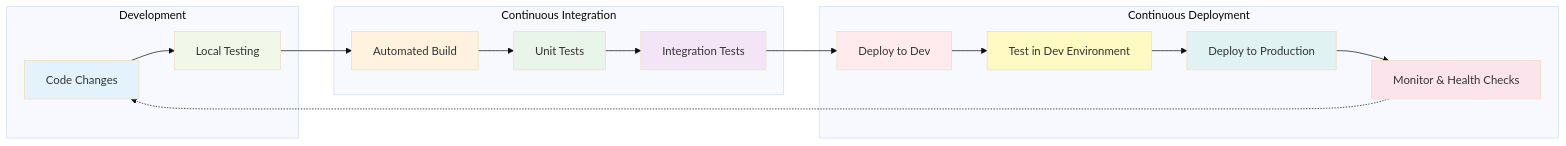
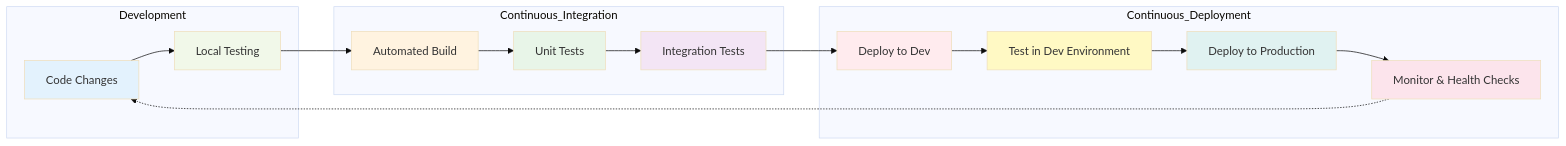
One commit to tanm-sys/build changed the third of 3 diagrams in decentralized-ai-simulation/docs/README.md. Above: the diagram before and after it, drawn with Mermaid (base theme). The commit also changed other lines of this file and 5 other files, not shown here.

Commit message:
Fix Mermaid diagram parse errors in Markdown files (resolve LINK token issues on line 29 and others)

````diff
--- a/decentralized-ai-simulation/docs/README.md
+++ b/decentralized-ai-simulation/docs/README.md
@@ -313,40 +313,40 @@
 ```mermaid
 flowchart LR
     subgraph "Development"
         CODE[Code Changes]
         TEST_LOCAL[Local Testing]
     end
     
-    subgraph "Continuous Integration"
+    subgraph "Continuous_Integration"
         BUILD[Automated Build]
         UNIT[Unit Tests]
         INTEGRATION[Integration Tests]
     end
     
-    subgraph "Continuous Deployment"
+    subgraph "Continuous_Deployment"
         DEPLOY_DEV[Deploy to Dev]
         TEST_DEV[Test in Dev Environment]
         DEPLOY_PROD[Deploy to Production]
         MONITOR[Monitor & Health Checks]
     end
     
     CODE --> TEST_LOCAL
     TEST_LOCAL --> BUILD
     BUILD --> UNIT
     UNIT --> INTEGRATION
     INTEGRATION --> DEPLOY_DEV
     DEPLOY_DEV --> TEST_DEV
     TEST_DEV --> DEPLOY_PROD
     DEPLOY_PROD --> MONITOR
     MONITOR -.-> CODE
     
     style CODE fill:#e3f2fd
     style TEST_LOCAL fill:#f1f8e9
     style BUILD fill:#fff3e0
     style UNIT fill:#e8f5e8
     style INTEGRATION fill:#f3e5f5
     style DEPLOY_DEV fill:#ffebee
     style TEST_DEV fill:#fff9c4
     style DEPLOY_PROD fill:#e0f2f1
     style MONITOR fill:#fce4ec
 ```
````
